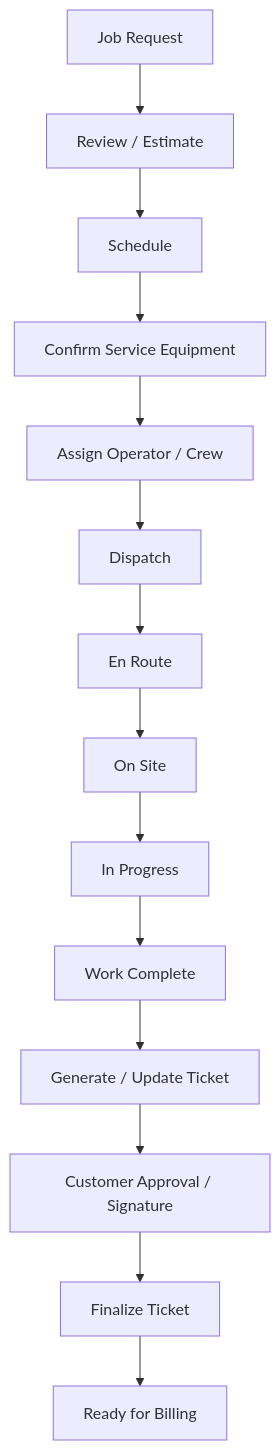
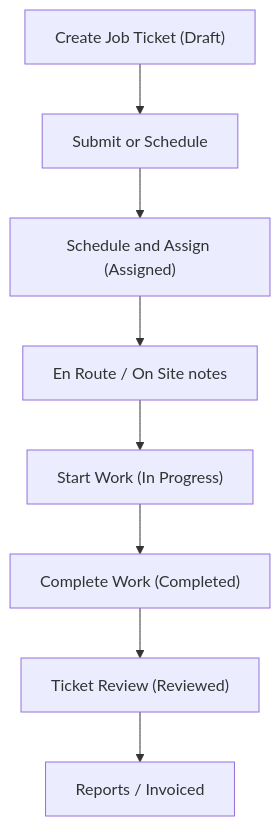
Before and after one commit to randalorian985/job-ticket-system: the first of 2 diagrams in docs/system-wiki.md, drawn with Mermaid. The commit also changed other lines of this file and 12 other files, not shown here.

Commit message:
Simplify Dispatch around active job tickets

````diff
--- a/docs/system-wiki.md
+++ b/docs/system-wiki.md
@@ -484,16 +469,10 @@
 ```mermaid
 flowchart TD
-  A["Job Request"] --> B["Review / Estimate"]
-  B --> C["Schedule"]
-  C --> D["Confirm Service Equipment"]
-  D --> E["Assign Operator / Crew"]
-  E --> F["Dispatch"]
-  F --> G["En Route"]
-  G --> H["On Site"]
-  H --> I["In Progress"]
-  I --> J["Work Complete"]
-  J --> K["Generate / Update Ticket"]
-  K --> L["Customer Approval / Signature"]
-  L --> M["Finalize Ticket"]
-  M --> N["Ready for Billing"]
+  A["Create Job Ticket (Draft)"] --> B["Submit or Schedule"]
+  B --> C["Schedule and Assign (Assigned)"]
+  C --> D["En Route / On Site notes"]
+  D --> E["Start Work (In Progress)"]
+  E --> F["Complete Work (Completed)"]
+  F --> G["Ticket Review (Reviewed)"]
+  G --> H["Reports / Invoiced"]
 ```
````
